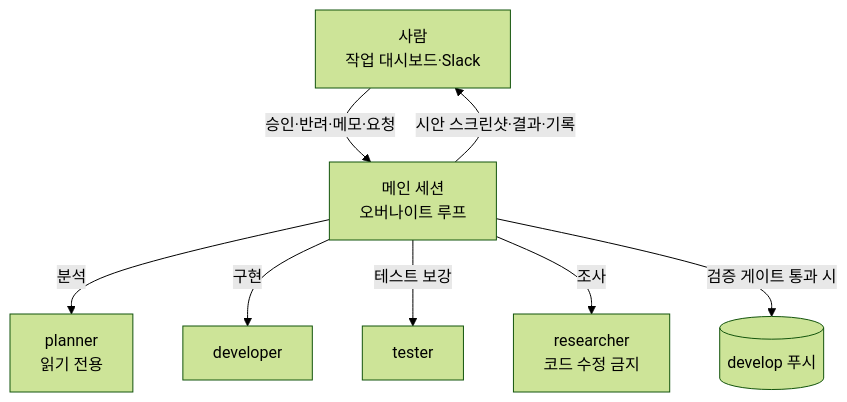
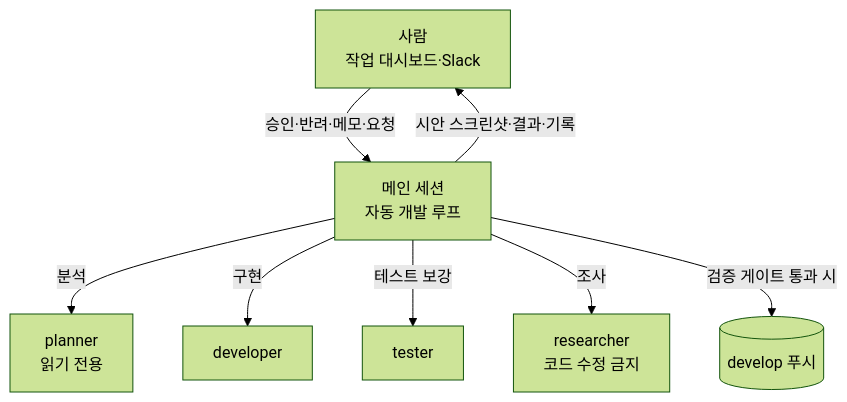
Before and after one commit to beomboo/sajurang-showcase: the second of 2 diagrams in README.md, drawn with Mermaid (forest theme). The commit also changed other lines of this file and 4 other files, not shown here.

````diff
--- a/README.md
+++ b/README.md
@@ -110,10 +80,10 @@
 ```mermaid
 flowchart TB
   H[사람<br/>작업 대시보드·Slack] -->|승인·반려·메모·요청| M
-  M[메인 세션<br/>오버나이트 루프] -->|분석| P[planner<br/>읽기 전용]
+  M[메인 세션<br/>자동 개발 루프] -->|분석| P[planner<br/>읽기 전용]
   M -->|구현| Dv[developer]
   M -->|테스트 보강| T[tester]
   M -->|조사| R[researcher<br/>코드 수정 금지]
   M -->|검증 게이트 통과 시| G[(develop 푸시)]
   M -->|시안 스크린샷·결과·기록| H
 ```
````
